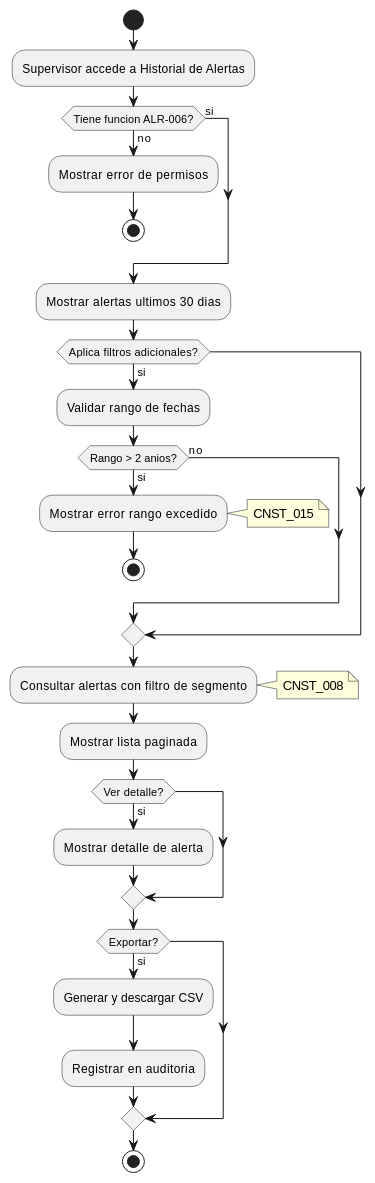
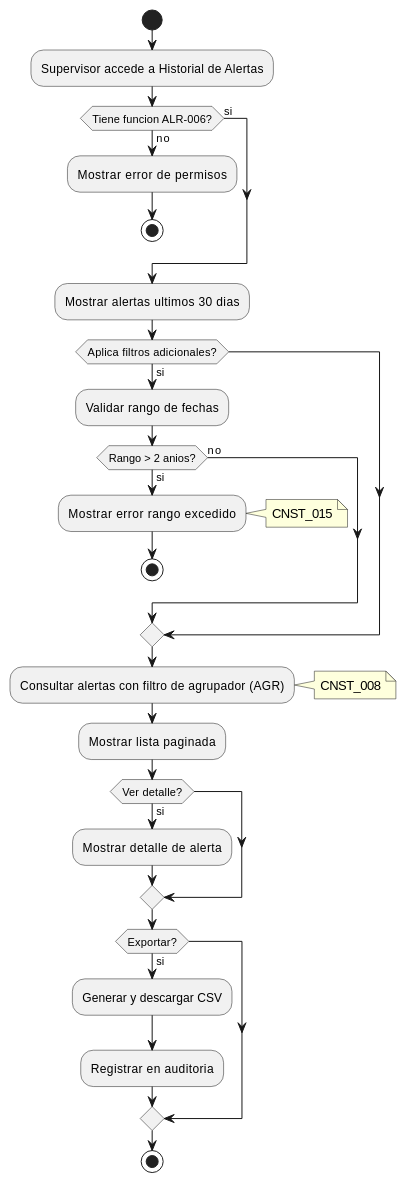
Before and after one commit to jcg-admin/IACT-docs: the third of 3 diagrams in source/requisitos/casos-uso/alerts/uc-alr-04-ver-historial-alertas.rst, drawn with PlantUML. The commit also changed other lines of this file and 4 other files, not shown here.

```diff
--- a/source/requisitos/casos-uso/alerts/uc-alr-04-ver-historial-alertas.rst
+++ b/source/requisitos/casos-uso/alerts/uc-alr-04-ver-historial-alertas.rst
@@ -307,41 +307,41 @@
 .. uml::
  :caption: Diagrama de Actividad - UC_ALR_04
 
  @startuml
  start
  :Supervisor accede a Historial de Alertas;
 
  if (Tiene funcion ALR-006?) then (no)
  :Mostrar error de permisos;
  stop
  else (si)
  endif
 
  :Mostrar alertas ultimos 30 dias;
 
  if (Aplica filtros adicionales?) then (si)
  :Validar rango de fechas;
  if (Rango > 2 anios?) then (si)
  :Mostrar error rango excedido;
  note right: CNST_015
  stop
  else (no)
  endif
  endif
 
- :Consultar alertas con filtro de segmento;
+ :Consultar alertas con filtro de agrupador (AGR);
  note right: CNST_008
 
  :Mostrar lista paginada;
 
  if (Ver detalle?) then (si)
  :Mostrar detalle de alerta;
  endif
 
  if (Exportar?) then (si)
  :Generar y descargar CSV;
  :Registrar en auditoria;
  endif
 
  stop
  @enduml
```
